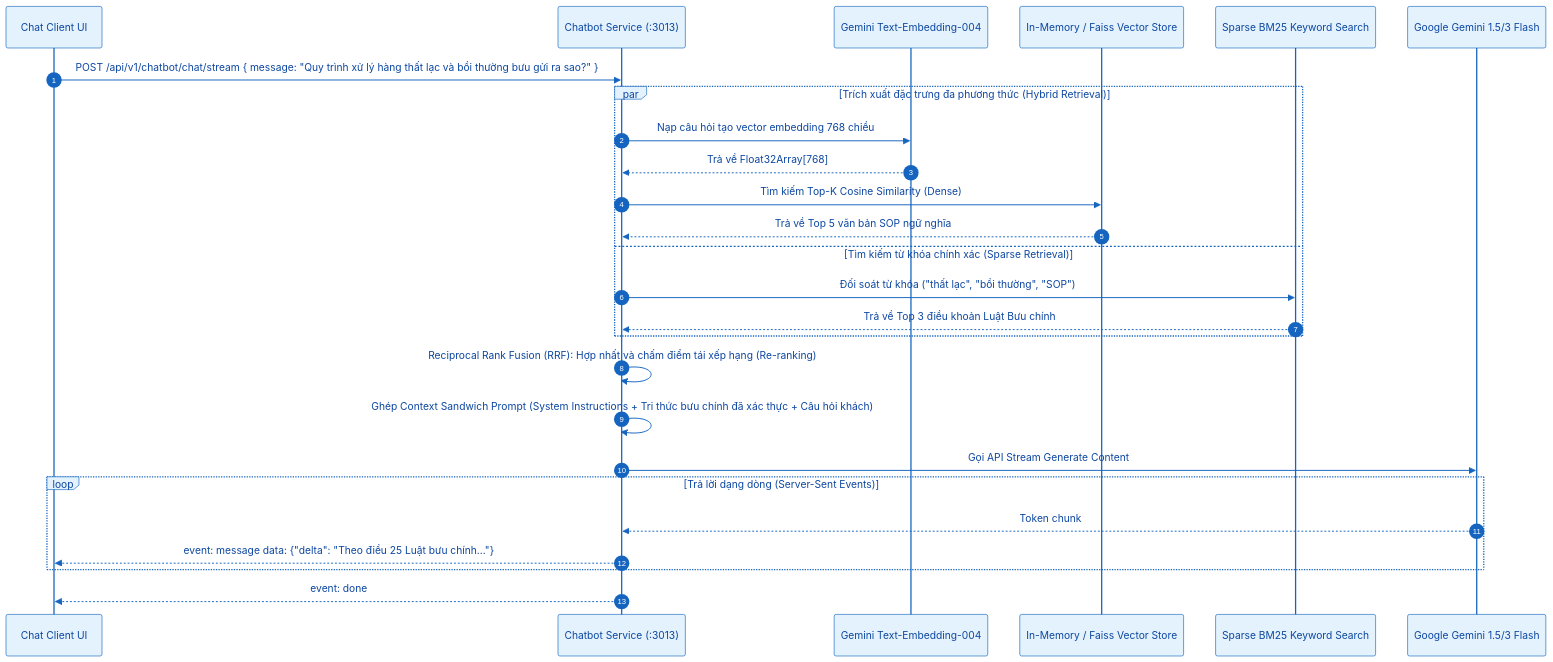
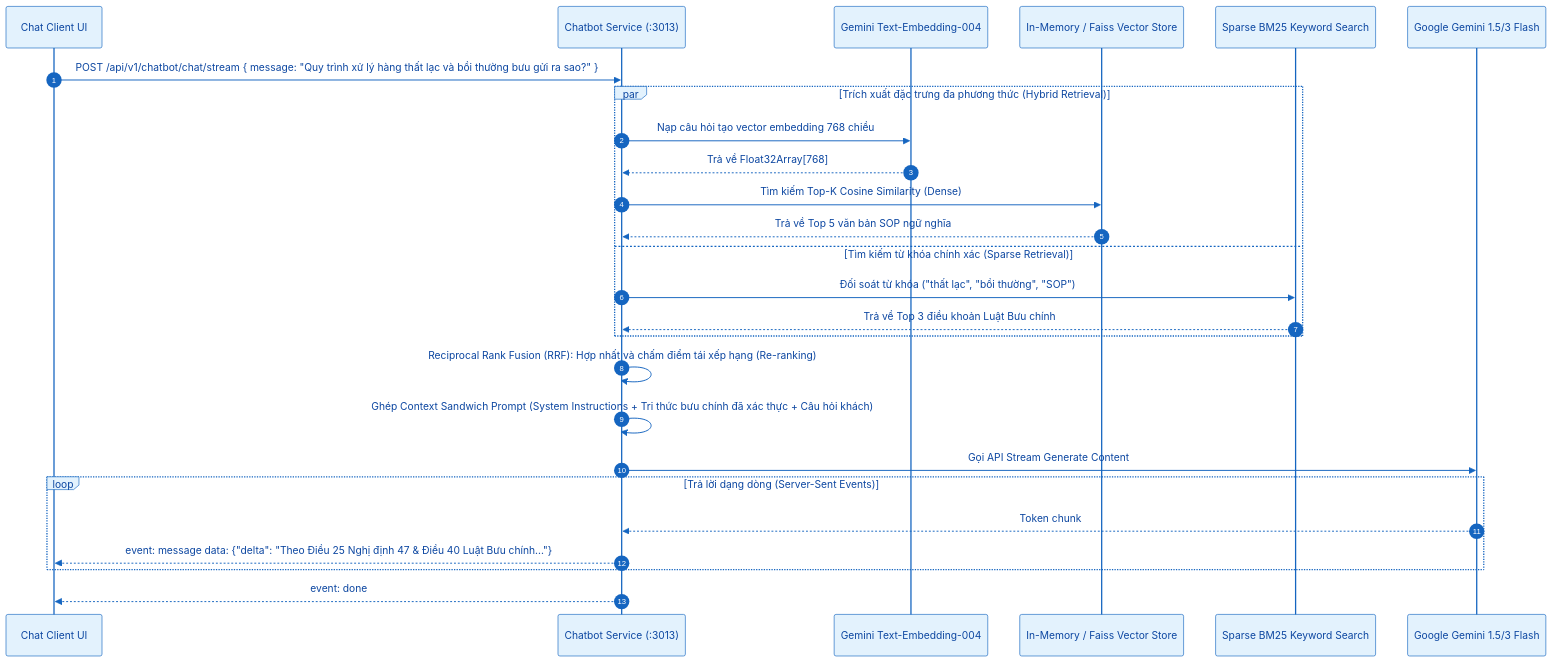
The second of 6 diagrams in docs/sequence-diagrams/07-system-ai/README.md (VoVanTuTai/logistics-management-system), drawn with Mermaid before and after one commit. The commit also changed 25 other files, not shown here.

````diff
--- a/docs/sequence-diagrams/07-system-ai/README.md
+++ b/docs/sequence-diagrams/07-system-ai/README.md
@@ -74,55 +74,55 @@
 ```mermaid
 %%{init: {
   "theme": "base",
   "themeVariables": {
     "background": "#FFFFFF",
     "primaryColor": "#E3F2FD",
     "primaryTextColor": "#0D47A1",
     "primaryBorderColor": "#1565C0",
     "actorBkg": "#E3F2FD",
     "actorBorder": "#1565C0",
     "actorTextColor": "#0D47A1",
     "actorLineColor": "#1565C0",
     "signalColor": "#1565C0",
     "signalTextColor": "#0D47A1",
     "activationBkgColor": "#BBDEFB",
     "activationBorderColor": "#1565C0",
     "noteBkgColor": "#EAF4FF",
     "noteBorderColor": "#64B5F6",
     "noteTextColor": "#0D47A1",
     "labelBoxBkgColor": "#E3F2FD",
     "labelBoxBorderColor": "#1565C0",
     "labelTextColor": "#0D47A1"
   }
 }}%%
 sequenceDiagram
     autonumber
     participant UI as Chat Client UI
     participant Chatbot as Chatbot Service (:3013)
     participant Embedder as Gemini Text-Embedding-004
     participant VectorStore as In-Memory / Faiss Vector Store
     participant BM25 as Sparse BM25 Keyword Search
     participant LLM as Google Gemini 1.5/3 Flash
 
     UI->>Chatbot: POST /api/v1/chatbot/chat/stream { message: "Quy trình xử lý hàng thất lạc và bồi thường bưu gửi ra sao?" }
     
     par Trích xuất đặc trưng đa phương thức (Hybrid Retrieval)
         Chatbot->>Embedder: Nạp câu hỏi tạo vector embedding 768 chiều
         Embedder-->>Chatbot: Trả về Float32Array[768]
         Chatbot->>VectorStore: Tìm kiếm Top-K Cosine Similarity (Dense)
         VectorStore-->>Chatbot: Trả về Top 5 văn bản SOP ngữ nghĩa
     and Tìm kiếm từ khóa chính xác (Sparse Retrieval)
         Chatbot->>BM25: Đối soát từ khóa ("thất lạc", "bồi thường", "SOP")
         BM25-->>Chatbot: Trả về Top 3 điều khoản Luật Bưu chính
     end
 
     Chatbot->>Chatbot: Reciprocal Rank Fusion (RRF): Hợp nhất và chấm điểm tái xếp hạng (Re-ranking)
     Chatbot->>Chatbot: Ghép Context Sandwich Prompt (System Instructions + Tri thức bưu chính đã xác thực + Câu hỏi khách)
     
     Chatbot->>LLM: Gọi API Stream Generate Content
     loop Trả lời dạng dòng (Server-Sent Events)
         LLM-->>Chatbot: Token chunk
-        Chatbot-->>UI: event: message data: {"delta": "Theo điều 25 Luật bưu chính..."}
+        Chatbot-->>UI: event: message data: {"delta": "Theo Điều 25 Nghị định 47 & Điều 40 Luật Bưu chính..."}
     end
     Chatbot-->>UI: event: done
 ```
````
